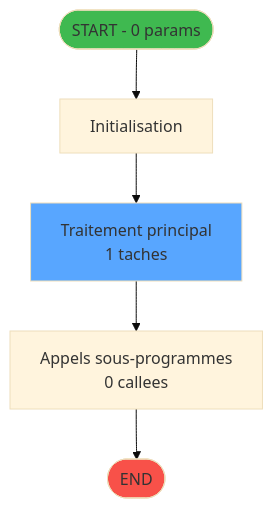
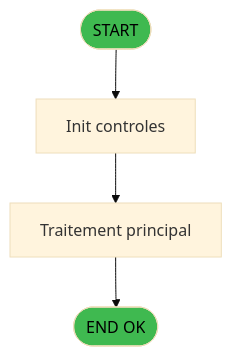
One commit to thonyAGP/lecteur-magic changed the first of 3 diagrams in .openspec/specs/ADH-IDE-19.md. Above: the diagram before and after it, drawn with Mermaid (base theme). The commit also changed other lines of this file and 96 other files, not shown here.

````diff
--- a/.openspec/specs/ADH-IDE-19.md
+++ b/.openspec/specs/ADH-IDE-19.md
@@ -82,14 +53,13 @@
 ```mermaid
 flowchart TD
-    START([START - 0 params])
-    INIT["Initialisation"]
-    PROCESS["Traitement principal<br/>1 taches"]
-    CALLS["Appels sous-programmes<br/>0 callees"]
-    ENDOK([END])
+    START([START])
+    INIT[Init controles]
+    SAISIE[Traitement principal]
+    ENDOK([END OK])
 
-    START --> INIT --> PROCESS --> CALLS --> ENDOK
+    START --> INIT --> SAISIE
+    SAISIE --> ENDOK
 
-    style START fill:#3fb950
-    style ENDOK fill:#f85149
-    style PROCESS fill:#58a6ff
+    style START fill:#3fb950,color:#000
+    style ENDOK fill:#3fb950,color:#000
 ```
````
